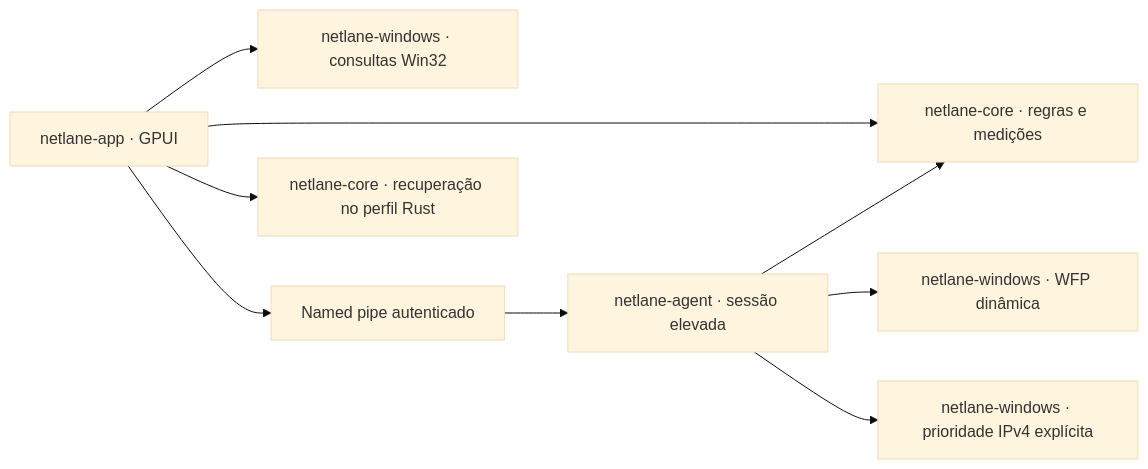
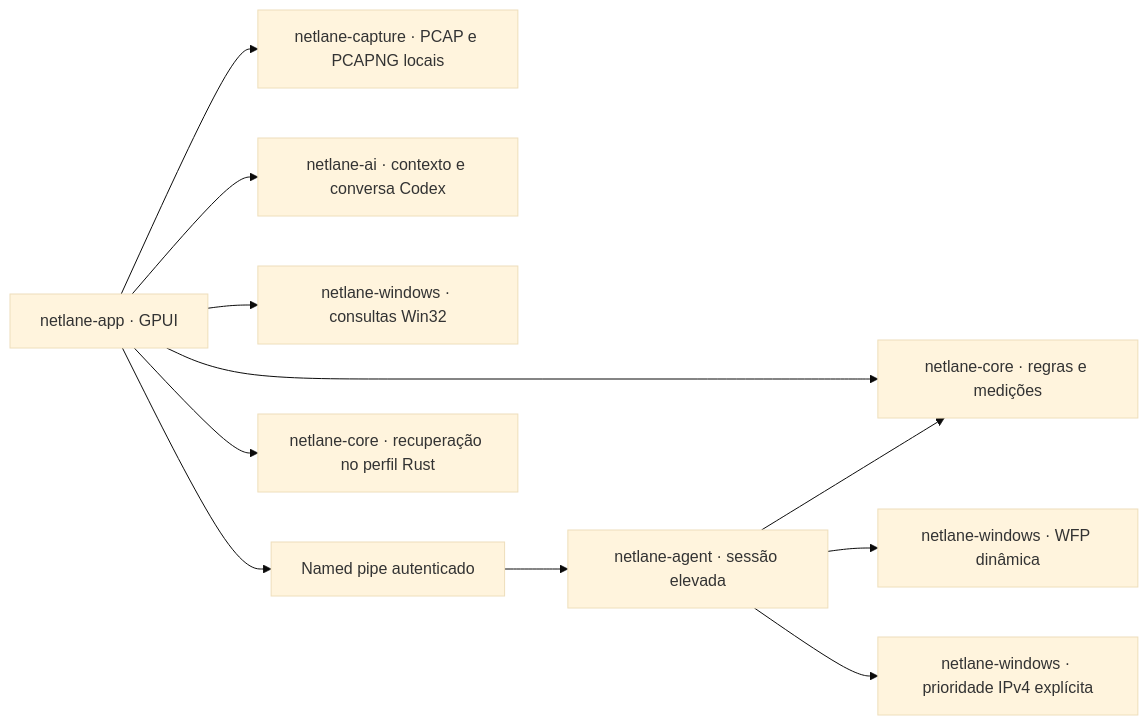
Before and after one commit to n3tf4c3/netlane: the diagram in docs/migracao-rust.md, drawn with Mermaid (base theme). The commit also changed other lines of this file and 56 other files, not shown here.

````diff
--- a/docs/migracao-rust.md
+++ b/docs/migracao-rust.md
@@ -12,11 +13,13 @@
 ```mermaid
 flowchart LR
   UI[netlane-app · GPUI] --> Core[netlane-core · regras e medições]
+  UI --> Capture[netlane-capture · PCAP e PCAPNG locais]
+  UI --> AI[netlane-ai · contexto e conversa Codex]
   UI --> Monitor[netlane-windows · consultas Win32]
   UI --> IPC[Named pipe autenticado]
   IPC --> Agent[netlane-agent · sessão elevada]
   Agent --> Core
   Agent --> WFP[netlane-windows · WFP dinâmica]
   UI --> Recovery[netlane-core · recuperação no perfil Rust]
   Agent --> Priority[netlane-windows · prioridade IPv4 explícita]
 ```
````
